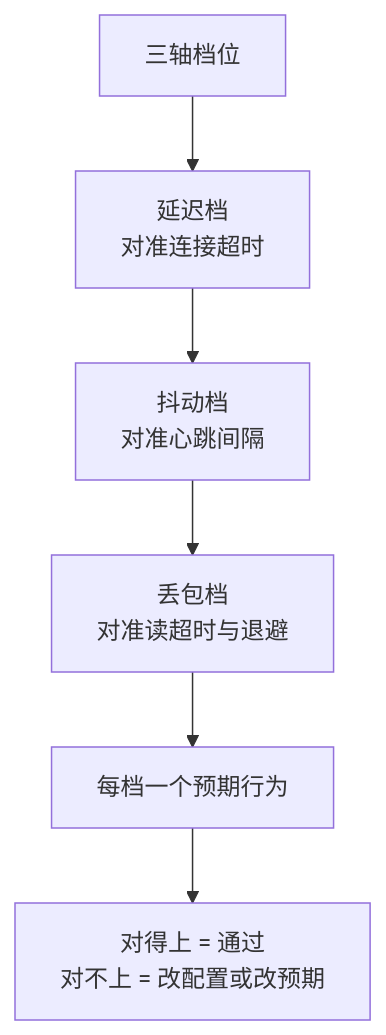
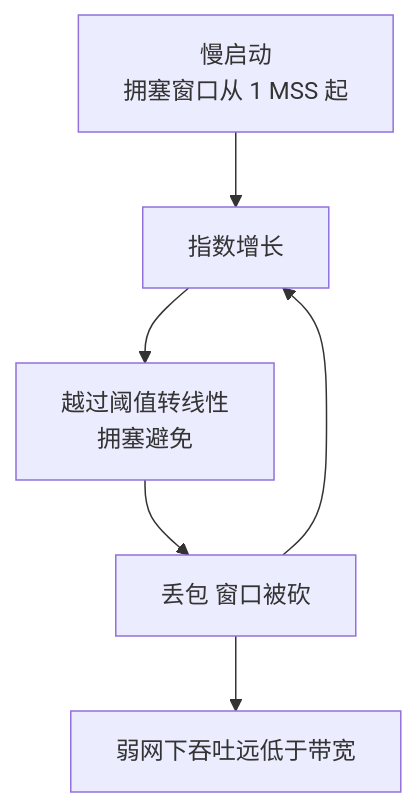
Before and after one commit to hub138/technical-knowledge: the first of 4 diagrams in vault/工程知识/性能工程：从用户等待到资源瓶颈/存储与网络/弱网测试要把网络当变量：延迟、抖动、丢包三轴注入到超时边界.md, drawn with Mermaid. The commit also changed other lines of this file and 622 other files, not shown here.

````diff
--- a/vault/工程知识/性能工程：从用户等待到资源瓶颈/存储与网络/弱网测试要把网络当变量：延迟、抖动、丢包三轴注入到超时边界.md
+++ b/vault/工程知识/性能工程：从用户等待到资源瓶颈/存储与网络/弱网测试要把网络当变量：延迟、抖动、丢包三轴注入到超时边界.md
@@ -40,8 +44,8 @@
 ```mermaid
 flowchart TB
-    a["三轴档位"] --> b1["延迟档<br/>对准连接超时"]
-    b1 --> b2["抖动档<br/>对准心跳间隔"]
-    b2 --> b3["丢包档<br/>对准读超时与退避"]
-    b3 --> c["每档一个预期行为"]
-    c --> d["对得上 = 通过<br/>对不上 = 改配置或改预期"]
+    S["慢启动<br/>拥塞窗口从 1 MSS 起"] --> G["指数增长"]
+    G --> T["越过阈值转线性<br/>拥塞避免"]
+    T --> L["丢包 窗口被砍"]
+    L --> G
+    L --> X["弱网下吞吐远低于带宽"]
 ```
````
